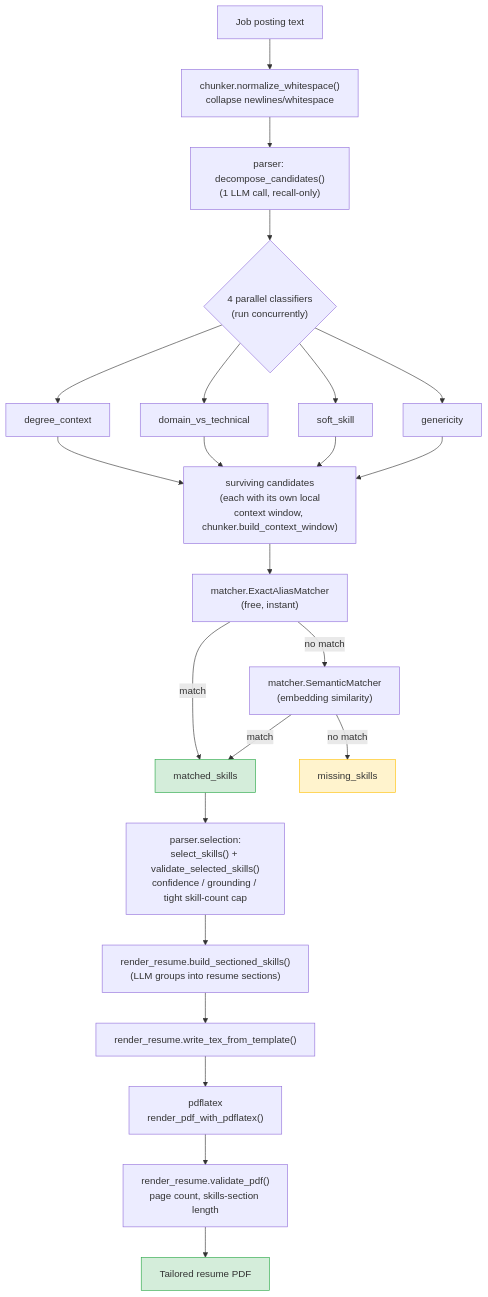
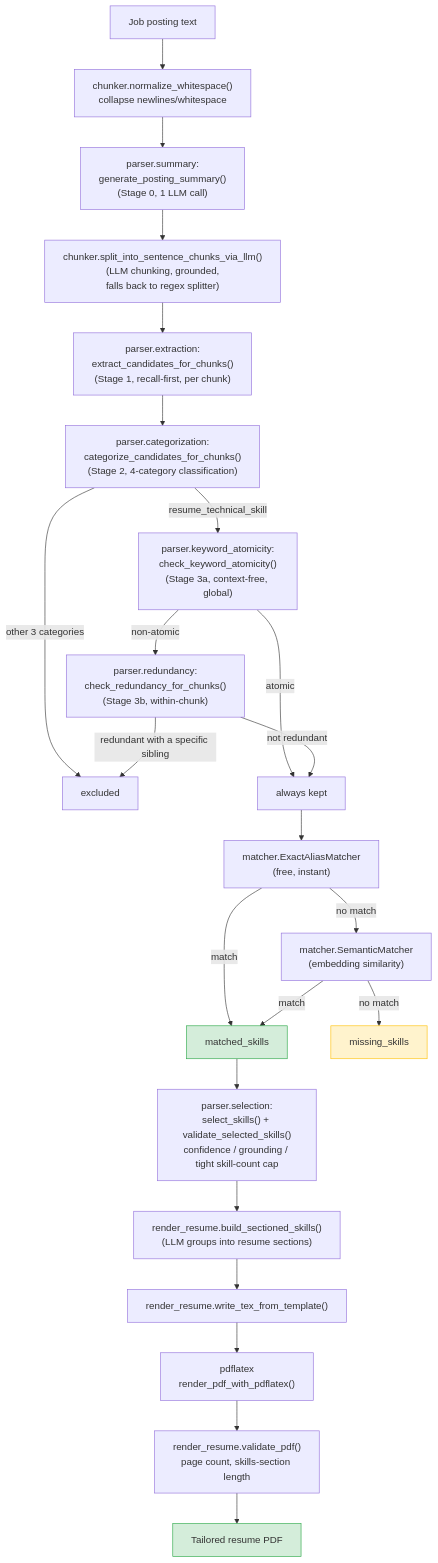
Before and after one commit to e1444/resumeopt: the diagram in README.md, drawn with Mermaid. The commit also changed other lines of this file and 40 other files, not shown here.

````diff
--- a/README.md
+++ b/README.md
@@ -20,26 +24,29 @@
 ```mermaid
 flowchart TD
     A[Job posting text] --> B["chunker.normalize_whitespace()\ncollapse newlines/whitespace"]
-    B --> C["parser: decompose_candidates()\n(1 LLM call, recall-only)"]
-    C --> D{"4 parallel classifiers\n(run concurrently)"}
-    D --> D1[degree_context]
-    D --> D2[domain_vs_technical]
-    D --> D3[soft_skill]
-    D --> D4[genericity]
-    D1 & D2 & D3 & D4 --> E["surviving candidates\n(each with its own local\ncontext window, chunker.build_context_window)"]
-    E --> F["matcher.ExactAliasMatcher\n(free, instant)"]
-    F -- no match --> G["matcher.SemanticMatcher\n(embedding similarity)"]
-    F -- match --> H[matched_skills]
-    G -- match --> H
-    G -- no match --> I[missing_skills]
-    H --> J["parser.selection:\nselect_skills() + validate_selected_skills()\nconfidence / grounding / tight skill-count cap"]
-    J --> K["render_resume.build_sectioned_skills()\n(LLM groups into resume sections)"]
-    K --> L["render_resume.write_tex_from_template()"]
-    L --> M["pdflatex\nrender_pdf_with_pdflatex()"]
-    M --> N["render_resume.validate_pdf()\npage count, skills-section length"]
-    N --> O[Tailored resume PDF]
+    B --> S0["parser.summary:\ngenerate_posting_summary()\n(Stage 0, 1 LLM call)"]
+    S0 --> C["chunker.split_into_sentence_chunks_via_llm()\n(LLM chunking, grounded,\nfalls back to regex splitter)"]
+    C --> D["parser.extraction:\nextract_candidates_for_chunks()\n(Stage 1, recall-first, per chunk)"]
+    D --> E["parser.categorization:\ncategorize_candidates_for_chunks()\n(Stage 2, 4-category classification)"]
+    E -- resume_technical_skill --> F1["parser.keyword_atomicity:\ncheck_keyword_atomicity()\n(Stage 3a, context-free, global)"]
+    E -- other 3 categories --> EXC[excluded]
+    F1 -- atomic --> G[always kept]
+    F1 -- non-atomic --> F2["parser.redundancy:\ncheck_redundancy_for_chunks()\n(Stage 3b, within-chunk)"]
+    F2 -- redundant with a specific sibling --> EXC
+    F2 -- not redundant --> G
+    G --> H["matcher.ExactAliasMatcher\n(free, instant)"]
+    H -- no match --> I["matcher.SemanticMatcher\n(embedding similarity)"]
+    H -- match --> J[matched_skills]
+    I -- match --> J
+    I -- no match --> K[missing_skills]
+    J --> L["parser.selection:\nselect_skills() + validate_selected_skills()\nconfidence / grounding / tight skill-count cap"]
+    L --> M["render_resume.build_sectioned_skills()\n(LLM groups into resume sections)"]
+    M --> N["render_resume.write_tex_from_template()"]
+    N --> O["pdflatex\nrender_pdf_with_pdflatex()"]
+    O --> P["render_resume.validate_pdf()\npage count, skills-section length"]
+    P --> Q[Tailored resume PDF]
 
-    style H fill:#d4edda,stroke:#28a745
-    style I fill:#fff3cd,stroke:#ffc107
-    style O fill:#d4edda,stroke:#28a745
+    style J fill:#d4edda,stroke:#28a745
+    style K fill:#fff3cd,stroke:#ffc107
+    style Q fill:#d4edda,stroke:#28a745
 ```
````
